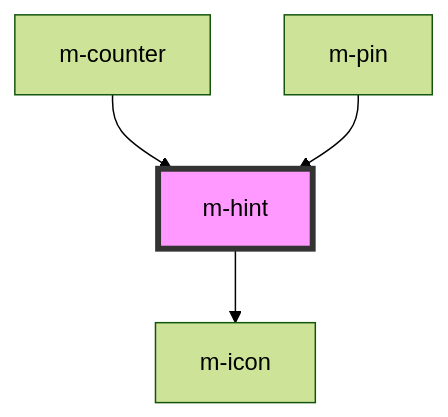
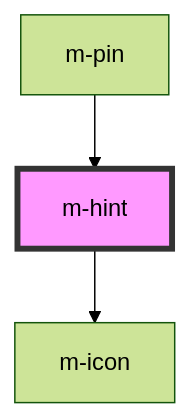
The diagram in libraries/modyo-design-system/src/components/m-hint/readme.md (dynamic-framework/dynamic-ui), drawn with Mermaid (forest theme) before and after one commit. The commit also changed other lines of this file and 18 other files, not shown here.

````diff
--- a/libraries/modyo-design-system/src/components/m-hint/readme.md
+++ b/libraries/modyo-design-system/src/components/m-hint/readme.md
@@ -35,7 +34,6 @@
 ```mermaid
 graph TD;
   m-hint --> m-icon
-  m-counter --> m-hint
   m-pin --> m-hint
   style m-hint fill:#f9f,stroke:#333,stroke-width:4px
 ```
````
